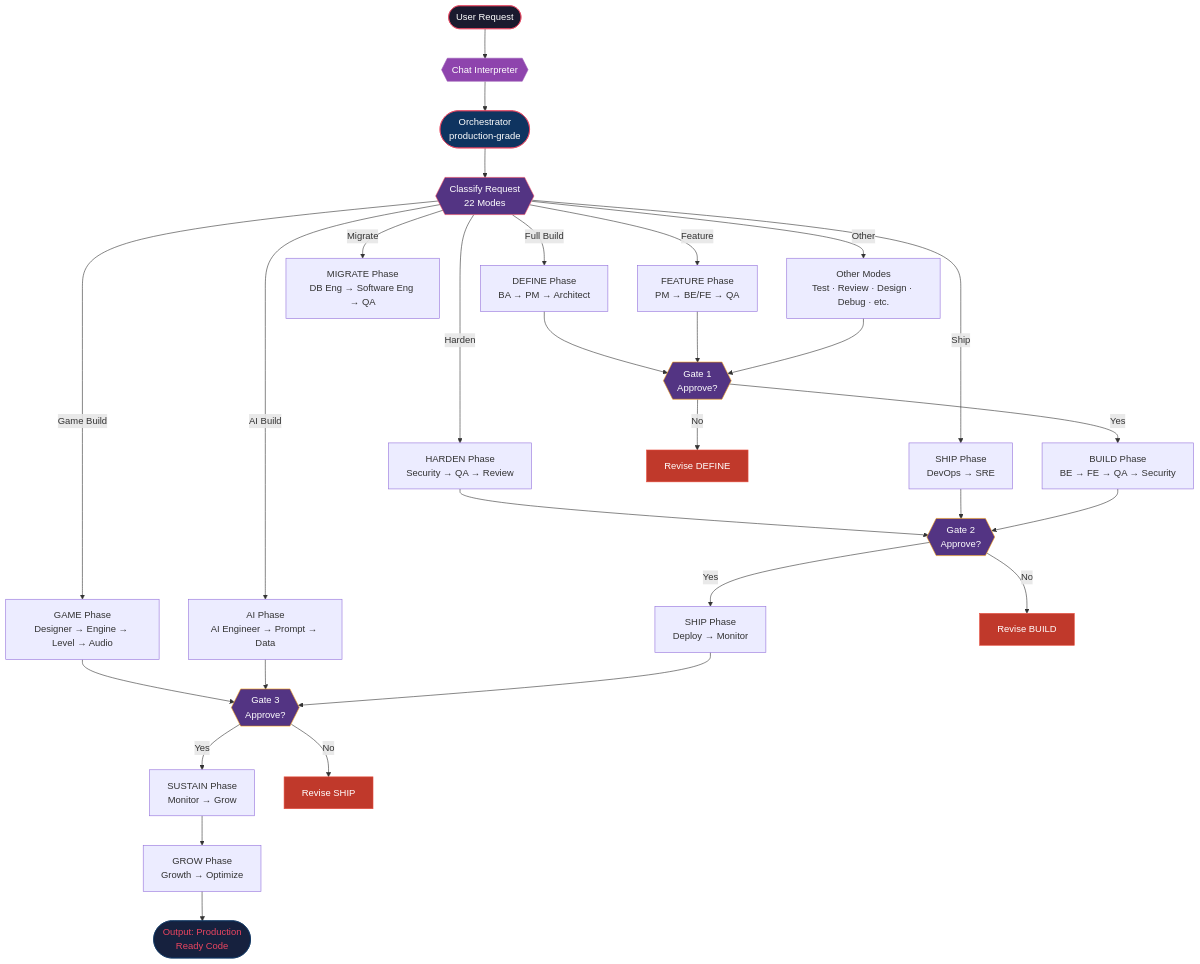
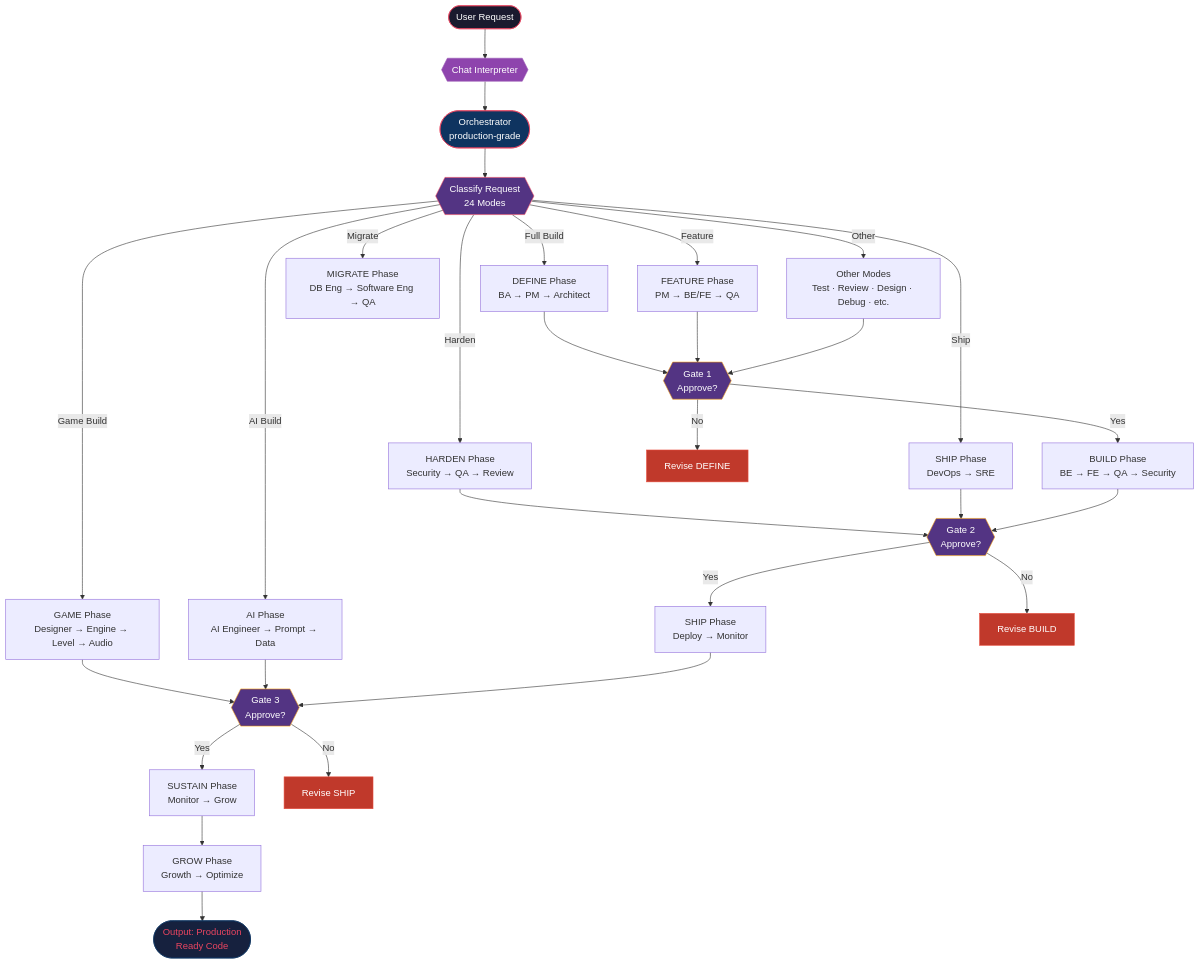
One commit to Exia-thd/Digital-Nervous changed the seventh of 18 diagrams in README.md. Above: the diagram before and after it, drawn with Mermaid. The commit also changed other lines of this file and 691 other files, not shown here.

````diff
--- a/README.md
+++ b/README.md
@@ -198,52 +378,52 @@
 ```mermaid
 flowchart TD
     START(["User Request"])
     CHAT_INT{{"Chat Interpreter"}}
     ORCH(["Orchestrator<br/>production-grade"])
 
     START --> CHAT_INT
     CHAT_INT --> ORCH
 
-    ORCH --> MODE{{"Classify Request<br/>22 Modes"}}
+    ORCH --> MODE{{"Classify Request<br/>24 Modes"}}
 
     MODE --> |"Full Build"| PHASE_DEFINE["DEFINE Phase<br/>BA → PM → Architect"]
     MODE --> |"Feature"| PHASE_FEATURE["FEATURE Phase<br/>PM → BE/FE → QA"]
     MODE --> |"Harden"| PHASE_HARDEN["HARDEN Phase<br/>Security → QA → Review"]
     MODE --> |"Ship"| PHASE_SHIP["SHIP Phase<br/>DevOps → SRE"]
     MODE --> |"Game Build"| PHASE_GAME["GAME Phase<br/>Designer → Engine → Level → Audio"]
     MODE --> |"AI Build"| PHASE_AI["AI Phase<br/>AI Engineer → Prompt → Data"]
     MODE --> |"Migrate"| PHASE_MIGRATE["MIGRATE Phase<br/>DB Eng → Software Eng → QA"]
     MODE --> |"Other"| PHASE_OTHER["Other Modes<br/>Test · Review · Design · Debug · etc."]
 
     PHASE_DEFINE --> GATE1{{"Gate 1<br/>Approve?"}}
     PHASE_FEATURE --> GATE1
     PHASE_HARDEN --> GATE2{{"Gate 2<br/>Approve?"}}
     PHASE_SHIP --> GATE2
     PHASE_GAME --> GATE3{{"Gate 3<br/>Approve?"}}
     PHASE_AI --> GATE3
     PHASE_OTHER --> GATE1
 
     GATE1 --> |"Yes"| BUILD["BUILD Phase<br/>BE → FE → QA → Security"]
     GATE1 --> |"No"| REVISE1["Revise DEFINE"]
     BUILD --> GATE2
     GATE2 --> |"Yes"| SHIP_DEPLOY["SHIP Phase<br/>Deploy → Monitor"]
     GATE2 --> |"No"| REVISE2["Revise BUILD"]
     SHIP_DEPLOY --> GATE3
     GATE3 --> |"Yes"| SUSTAIN["SUSTAIN Phase<br/>Monitor → Grow"]
     GATE3 --> |"No"| REVISE3["Revise SHIP"]
     SUSTAIN --> GROW["GROW Phase<br/>Growth → Optimize"]
 
     GROW --> END(["Output: Production<br/>Ready Code"])
 
     style START fill:#1a1a2e,stroke:#e94560,color:#fff
     style CHAT_INT fill:#8e44ad,stroke:#9b59b6,color:#fff
     style END fill:#16213e,stroke:#0f3460,color:#e94560
     style ORCH fill:#0f3460,stroke:#e94560,color:#fff
     style MODE fill:#533483,stroke:#e94560,color:#fff
     style GATE1 fill:#533483,stroke:#f39c12,color:#fff
     style GATE2 fill:#533483,stroke:#f39c12,color:#fff
     style GATE3 fill:#533483,stroke:#f39c12,color:#fff
     style REVISE1 fill:#c0392b,stroke:#e74c3c,color:#fff
     style REVISE2 fill:#c0392b,stroke:#e74c3c,color:#fff
     style REVISE3 fill:#c0392b,stroke:#e74c3c,color:#fff
 ```
````
